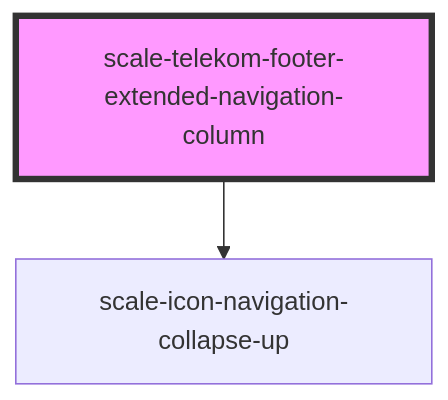
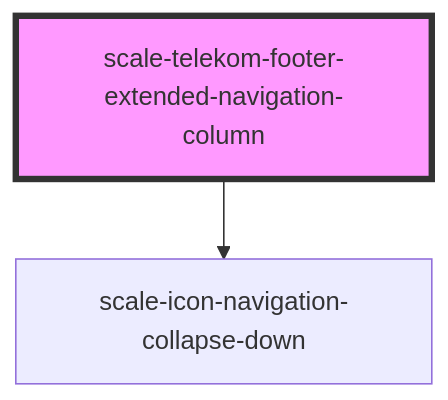
One commit to telekom/scale changed the diagram in packages/components/src/components/telekom/telekom-footer-extended-navigation/readme.md. Above: the diagram before and after it, drawn with Mermaid. The commit also changed other lines of this file, not shown here.

````diff
--- a/packages/components/src/components/telekom/telekom-footer-extended-navigation/readme.md
+++ b/packages/components/src/components/telekom/telekom-footer-extended-navigation/readme.md
@@ -33,5 +33,5 @@
 ```mermaid
 graph TD;
-  scale-telekom-footer-extended-navigation-column --> scale-icon-navigation-collapse-up
+  scale-telekom-footer-extended-navigation-column --> scale-icon-navigation-collapse-down
   style scale-telekom-footer-extended-navigation-column fill:#f9f,stroke:#333,stroke-width:4px
 ```
````
